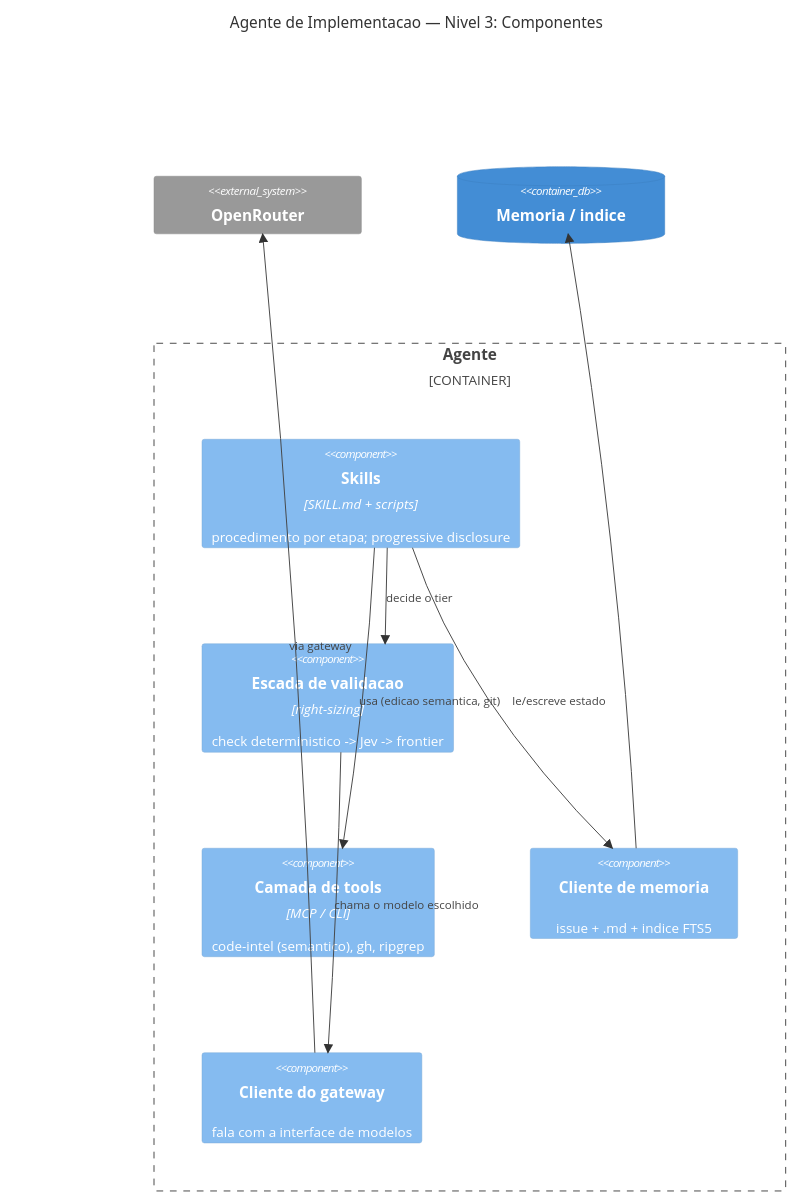
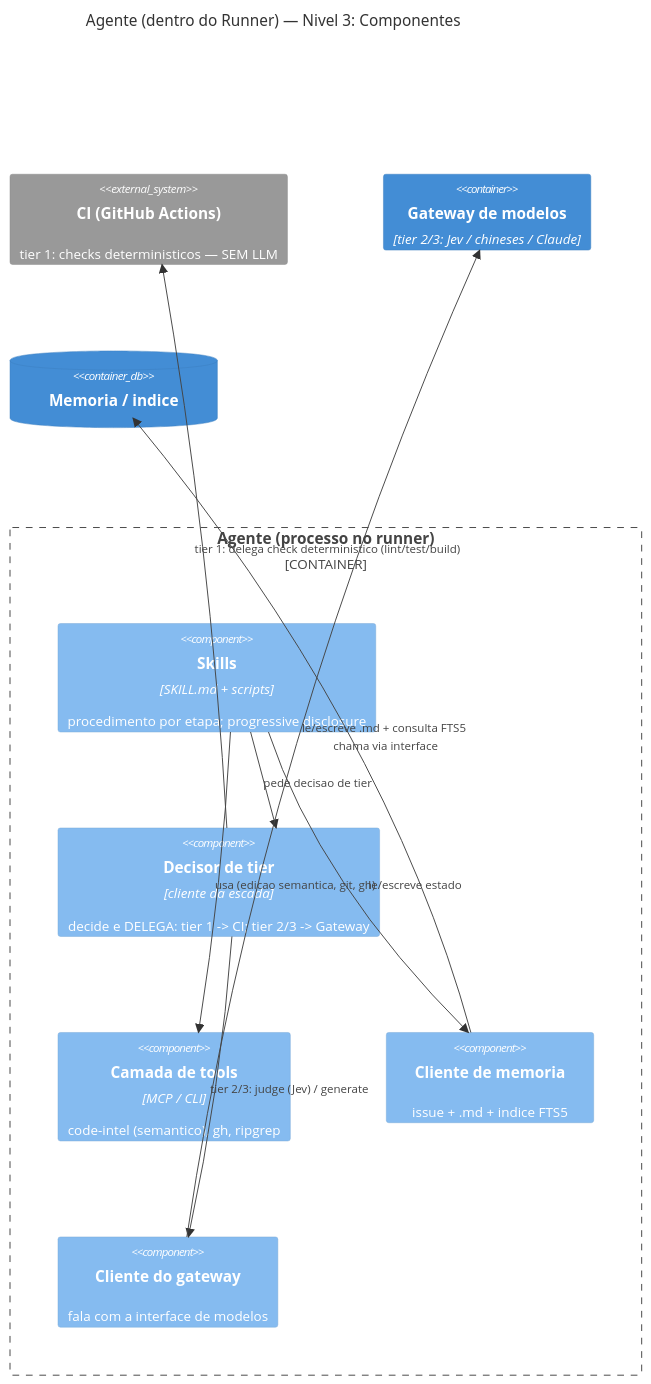
The third of 3 diagrams in research/ARCHITECTURE-C4.md (CenturyBoys/roboto), drawn with Mermaid before and after one commit. The commit also changed other lines of this file, not shown here.

First line of the commit message:
docs(research): ARCHITECTURE-C4 rev2 — incorpora auditoria (PR #19)

````diff
--- a/research/ARCHITECTURE-C4.md
+++ b/research/ARCHITECTURE-C4.md
@@ -66,19 +80,21 @@
 ```mermaid
 C4Component
-  title Agente de Implementacao — Nivel 3: Componentes
-  System_Ext(orr, "OpenRouter")
+  title Agente (dentro do Runner) — Nivel 3: Componentes
+  System_Ext(ci, "CI (GitHub Actions)", "tier 1: checks deterministicos — SEM LLM")
+  Container(gw, "Gateway de modelos", "tier 2/3: Jev / chineses / Claude")
   ContainerDb(mem, "Memoria / indice")
-  Container_Boundary(agent, "Agente") {
+  Container_Boundary(agent, "Agente (processo no runner)") {
     Component(skill, "Skills", "SKILL.md + scripts", "procedimento por etapa; progressive disclosure")
-    Component(router, "Escada de validacao", "right-sizing", "check deterministico -> Jev -> frontier")
+    Component(tier, "Decisor de tier", "cliente da escada", "decide e DELEGA: tier 1 -> CI; tier 2/3 -> Gateway")
     Component(tools, "Camada de tools", "MCP / CLI", "code-intel (semantico), gh, ripgrep")
     Component(memc, "Cliente de memoria", "", "issue + .md + indice FTS5")
     Component(gwc, "Cliente do gateway", "", "fala com a interface de modelos")
   }
-  Rel(skill, router, "decide o tier")
-  Rel(router, gwc, "chama o modelo escolhido")
-  Rel(gwc, orr, "via gateway")
-  Rel(skill, tools, "usa (edicao semantica, git)")
+  Rel(skill, tier, "pede decisao de tier")
+  Rel(tier, ci, "tier 1: delega check deterministico (lint/test/build)")
+  Rel(tier, gwc, "tier 2/3: judge (Jev) / generate")
+  Rel(gwc, gw, "chama via interface")
+  Rel(skill, tools, "usa (edicao semantica, git, gh)")
   Rel(skill, memc, "le/escreve estado")
-  Rel(memc, mem, "")
+  Rel(memc, mem, "le/escreve .md + consulta FTS5")
 ```
````
